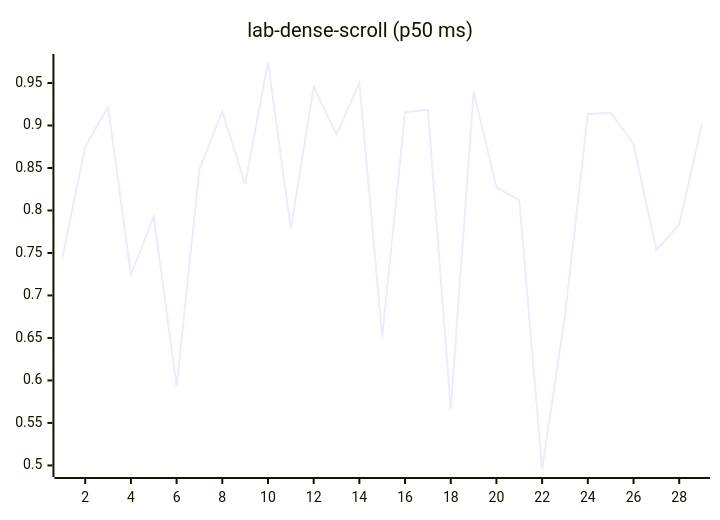
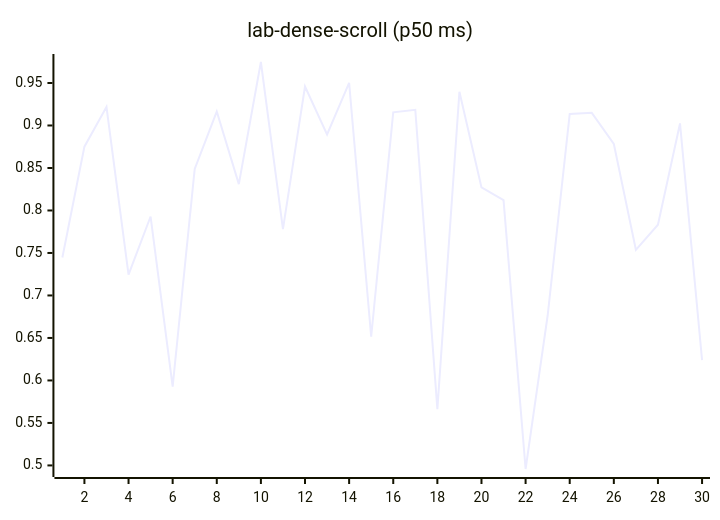
One commit to josha/Facet changed diagram 12 of 27 in README.md. Above: the diagram before and after it, drawn with Mermaid. The commit also changed other lines of this file and 2 other files, not shown here.

````diff
--- a/README.md
+++ b/README.md
@@ -140,6 +140,6 @@
 ```mermaid
 xychart-beta
     title "lab-dense-scroll (p50 ms)"
-    x-axis 1 --> 29
-    line [0.7446, 0.8751, 0.9218, 0.7244, 0.7929, 0.5928, 0.8489, 0.9164, 0.8310, 0.9747, 0.7780, 0.9459, 0.8894, 0.9501, 0.6514, 0.9155, 0.9185, 0.5661, 0.9396, 0.8271, 0.8121, 0.4958, 0.6764, 0.9135, 0.9149, 0.8783, 0.7537, 0.7833, 0.9024]
+    x-axis 1 --> 30
+    line [0.7446, 0.8751, 0.9218, 0.7244, 0.7929, 0.5928, 0.8489, 0.9164, 0.8310, 0.9747, 0.7780, 0.9459, 0.8894, 0.9501, 0.6514, 0.9155, 0.9185, 0.5661, 0.9396, 0.8271, 0.8121, 0.4958, 0.6764, 0.9135, 0.9149, 0.8783, 0.7537, 0.7833, 0.9024, 0.6238]
 ```
````
